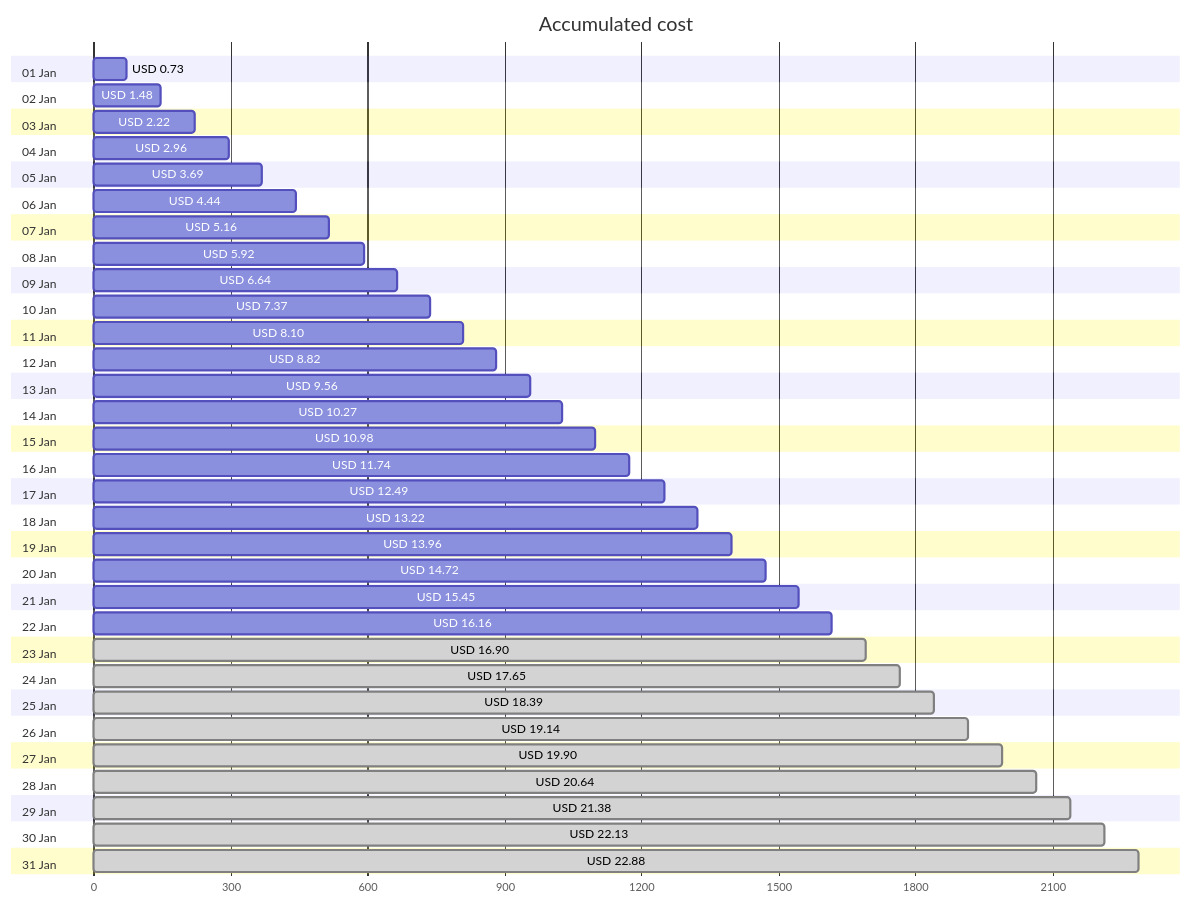
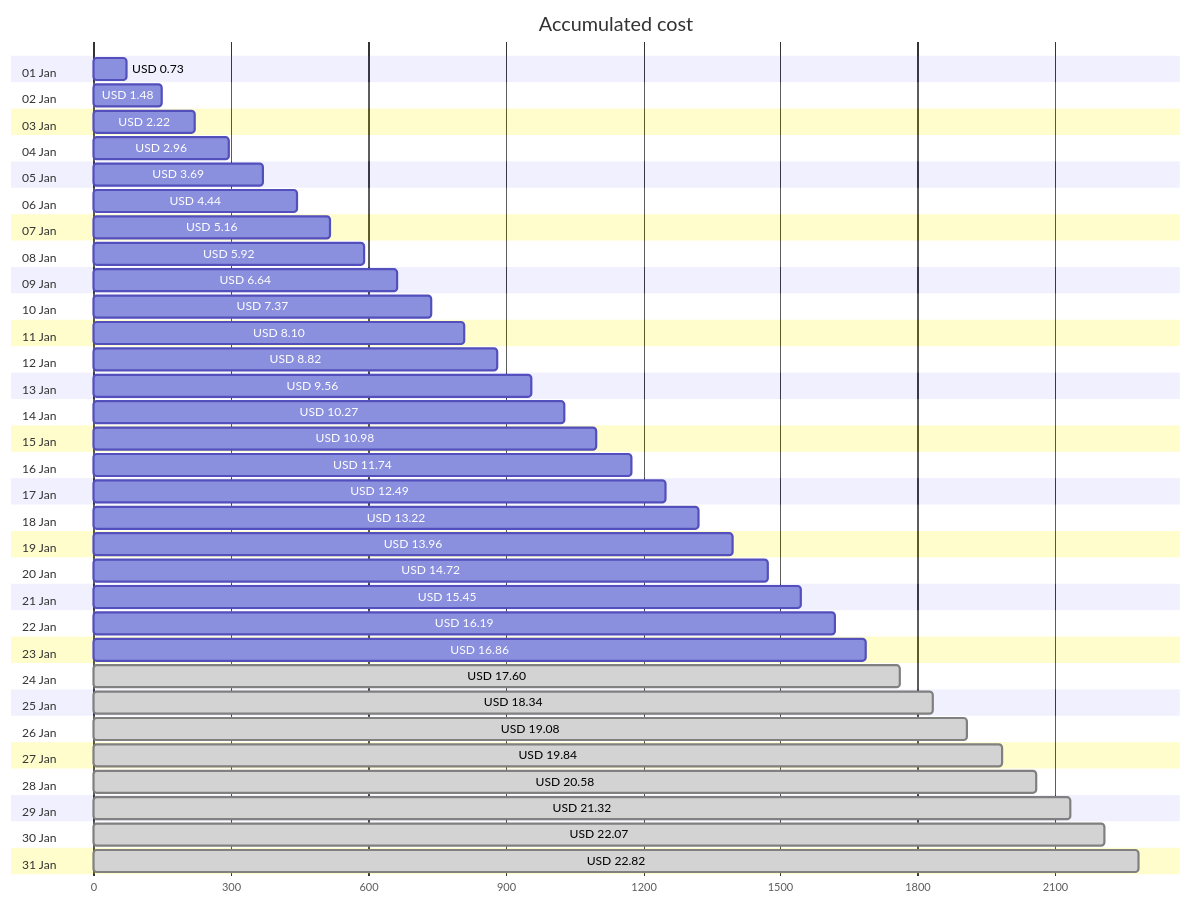
One commit to jpfulton/azure-personal-reports changed the first of 4 diagrams in cost-reports/personal-network/backup-server-data-disk.md. Above: the diagram before and after it, drawn with Mermaid. The commit also changed other lines of this file and 8 other files, not shown here.

````diff
--- a/cost-reports/personal-network/backup-server-data-disk.md
+++ b/cost-reports/personal-network/backup-server-data-disk.md
@@ -20,68 +20,68 @@
 ```mermaid
 gantt
    title Accumulated cost
    dateFormat  X
    axisFormat %s
    section 01 Jan
    USD 0.73 :0, 73
    section 02 Jan
    USD 1.48 :0, 148
    section 03 Jan
    USD 2.22 :0, 222
    section 04 Jan
    USD 2.96 :0, 296
    section 05 Jan
    USD 3.69 :0, 369
    section 06 Jan
    USD 4.44 :0, 444
    section 07 Jan
    USD 5.16 :0, 516
    section 08 Jan
    USD 5.92 :0, 592
    section 09 Jan
    USD 6.64 :0, 664
    section 10 Jan
    USD 7.37 :0, 737
    section 11 Jan
    USD 8.10 :0, 810
    section 12 Jan
    USD 8.82 :0, 882
    section 13 Jan
    USD 9.56 :0, 956
    section 14 Jan
    USD 10.27 :0, 1027
    section 15 Jan
    USD 10.98 :0, 1098
    section 16 Jan
    USD 11.74 :0, 1174
    section 17 Jan
    USD 12.49 :0, 1249
    section 18 Jan
    USD 13.22 :0, 1322
    section 19 Jan
    USD 13.96 :0, 1396
    section 20 Jan
    USD 14.72 :0, 1472
    section 21 Jan
    USD 15.45 :0, 1545
    section 22 Jan
-   USD 16.16 :0, 1616
+   USD 16.19 :0, 1619
    section 23 Jan
-   USD 16.90 : done, 0, 1690
+   USD 16.86 :0, 1686
    section 24 Jan
-   USD 17.65 : done, 0, 1765
+   USD 17.60 : done, 0, 1760
    section 25 Jan
-   USD 18.39 : done, 0, 1839
+   USD 18.34 : done, 0, 1834
    section 26 Jan
-   USD 19.14 : done, 0, 1914
+   USD 19.08 : done, 0, 1908
    section 27 Jan
-   USD 19.90 : done, 0, 1990
+   USD 19.84 : done, 0, 1984
    section 28 Jan
-   USD 20.64 : done, 0, 2064
+   USD 20.58 : done, 0, 2058
    section 29 Jan
-   USD 21.38 : done, 0, 2138
+   USD 21.32 : done, 0, 2132
    section 30 Jan
-   USD 22.13 : done, 0, 2213
+   USD 22.07 : done, 0, 2207
    section 31 Jan
-   USD 22.88 : done, 0, 2288
+   USD 22.82 : done, 0, 2282
 ```
````
